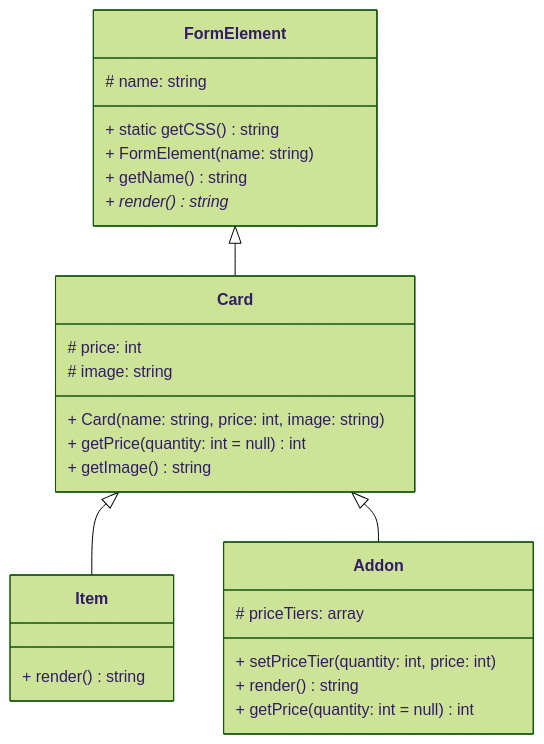
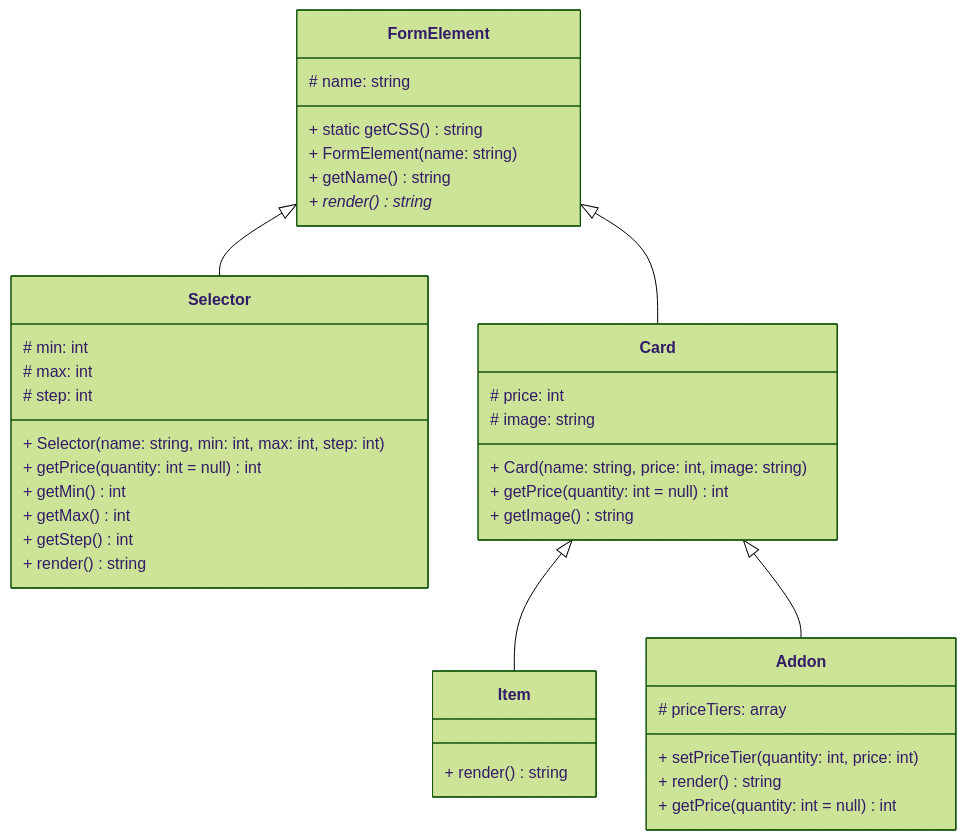
One commit to AlexandrAnatoliev/send-invoice changed the first of 2 diagrams in README.md. Above: the diagram before and after it, drawn with Mermaid (forest theme). The commit also changed other lines of this file, not shown here.

````diff
--- a/README.md
+++ b/README.md
@@ -170,35 +173,48 @@
 ```mermaid
 classDiagram
   
   class FormElement {
     # name: string
     + static getCSS() string
     + FormElement(name: string)
     + getName() string
     + render() string*
+  }
+
+  class Selector {
+    # min: int
+    # max: int
+    # step: int
+    + Selector(name: string, min: int, max: int, step: int)
+    + getPrice(quantity: int = null) int
+    + getMin() int
+    + getMax() int
+    + getStep() int
+    + render() string
   }
 
   class Card {
     # price: int
     # image: string
     + Card(name: string, price: int, image: string)
     + getPrice(quantity: int = null) int
     + getImage() string
   }
 
   class Item {
     + render() string
   }
 
   class Addon {
     # priceTiers: array
     + setPriceTier(quantity: int, price: int)
     + render() string
     + getPrice(quantity: int = null) int
   }
 
+  FormElement  <|-- Selector
   FormElement  <|-- Card
   Card <|-- Item
   Card <|-- Addon
 
 ```
````
